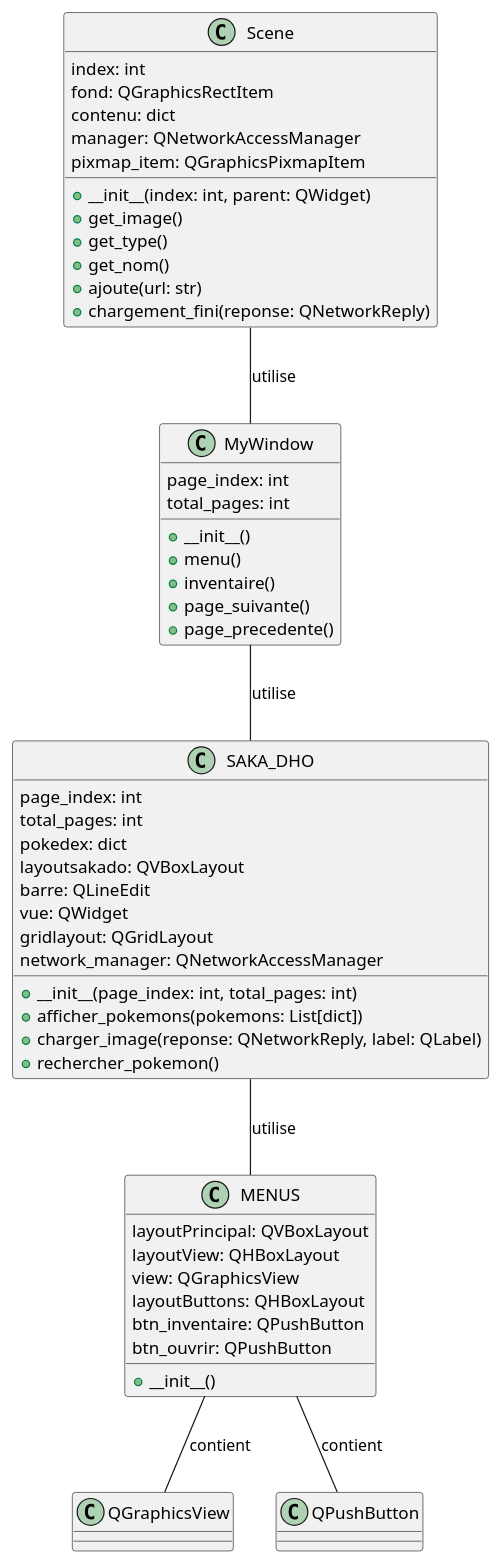
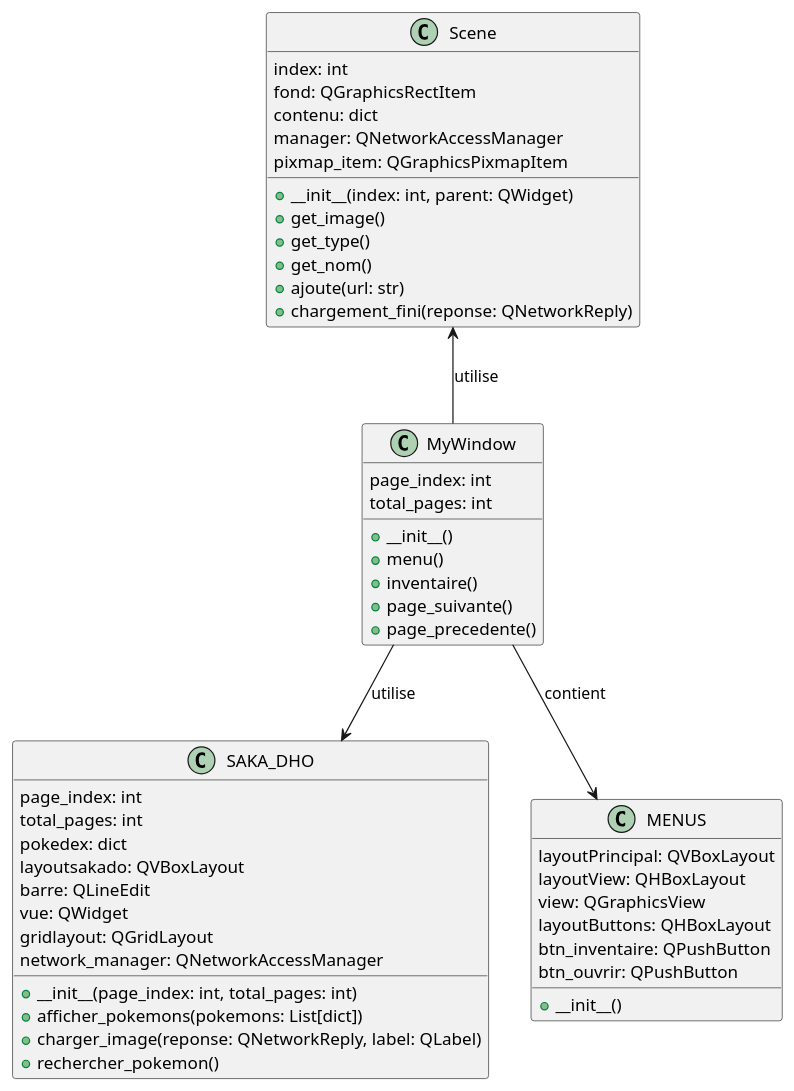
One commit to NerfDuDu/PokeDoc changed the diagram in ulm/plantuml.wsd. Above: the diagram before and after it, drawn with PlantUML.

```diff
--- a/ulm/plantuml.wsd
+++ b/ulm/plantuml.wsd
@@ -1,58 +1,57 @@
 @startuml plantuml
 
 class Scene {
    index: int
    fond: QGraphicsRectItem
    contenu: dict
    manager: QNetworkAccessManager
    pixmap_item: QGraphicsPixmapItem
   + __init__(index: int, parent: QWidget)
   + get_image()
   + get_type()
   + get_nom()
   + ajoute(url: str)
   + chargement_fini(reponse: QNetworkReply)
 }
 
 class MyWindow {
    page_index: int
    total_pages: int
   + __init__()
   + menu()
   + inventaire()
   + page_suivante()
   + page_precedente()
 }
 
 class SAKA_DHO {
    page_index: int
    total_pages: int
    pokedex: dict
    layoutsakado: QVBoxLayout
    barre: QLineEdit
    vue: QWidget
    gridlayout: QGridLayout
    network_manager: QNetworkAccessManager
   + __init__(page_index: int, total_pages: int)
   + afficher_pokemons(pokemons: List[dict])
   + charger_image(reponse: QNetworkReply, label: QLabel)
   + rechercher_pokemon()
 }
 
 class MENUS {
    layoutPrincipal: QVBoxLayout
    layoutView: QHBoxLayout
    view: QGraphicsView
    layoutButtons: QHBoxLayout
    btn_inventaire: QPushButton
    btn_ouvrir: QPushButton
   + __init__()
 }
 
-Scene -- MyWindow : utilise
-MyWindow -- SAKA_DHO : utilise
-SAKA_DHO -- MENUS : utilise
-MENUS -- QGraphicsView : contient
-MENUS -- QPushButton : contient
+Scene <-- MyWindow : utilise
+MyWindow --> SAKA_DHO : utilise
+MyWindow --> MENUS : contient
+
 
 @enduml
```
